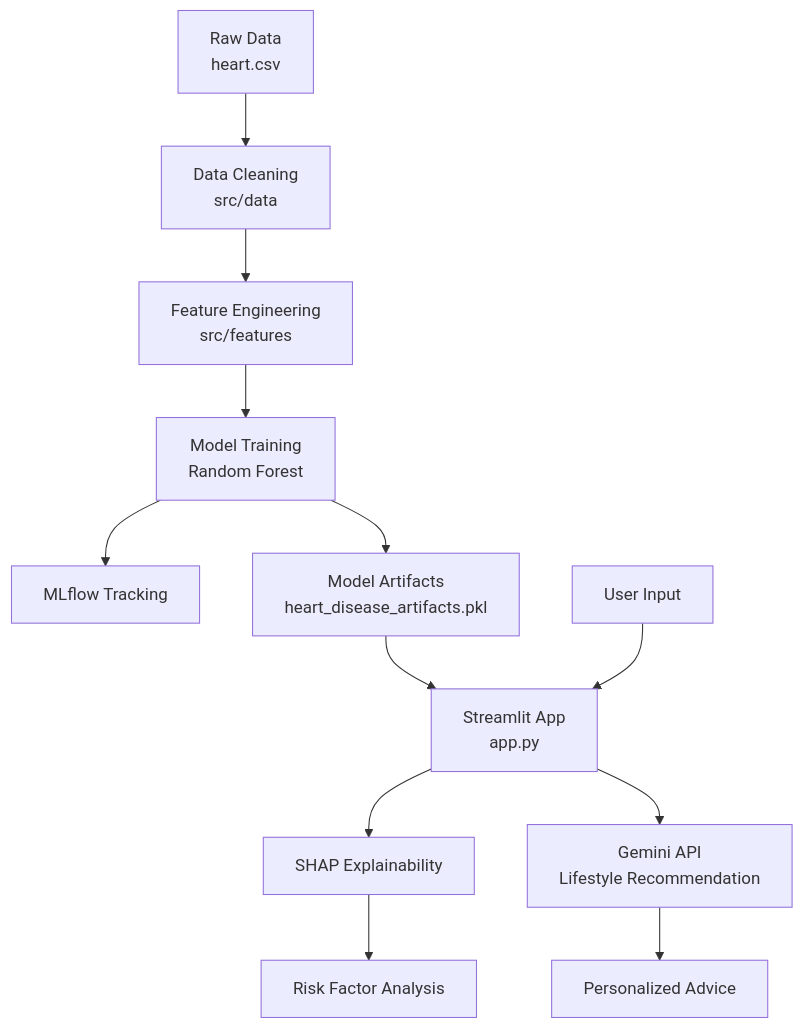
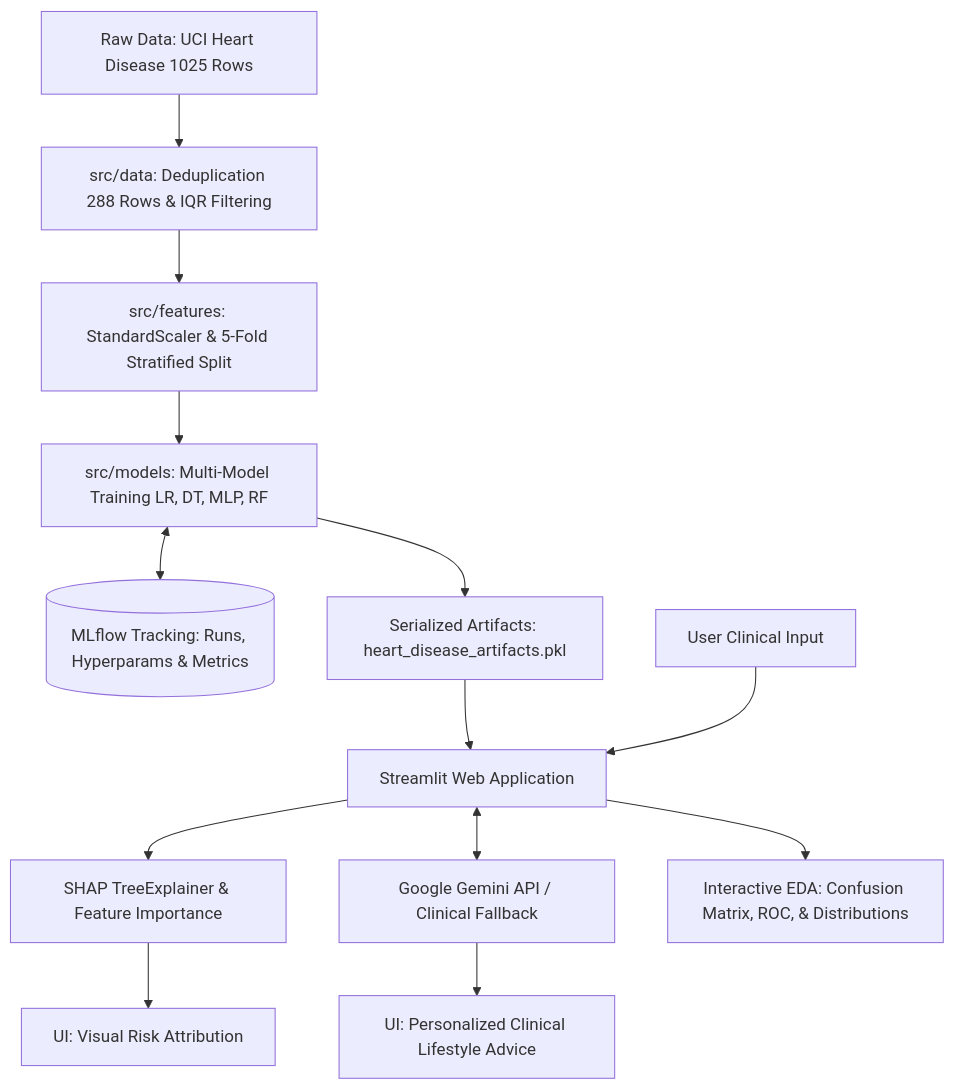
One commit to Arfiadi/heart-disease-prediction changed the diagram in README.md. Above: the diagram before and after it, drawn with Mermaid. The commit also changed other lines of this file, not shown here.

Commit message:
docs: update readme with clinical cost-benefit analysis and multi-model results

````diff
--- a/README.md
+++ b/README.md
@@ -55,14 +56,15 @@
 ```mermaid
-graph TD
-    A["Raw Data<br/>heart.csv"] --> B["Data Cleaning<br/>src/data"]
-    B --> C["Feature Engineering<br/>src/features"]
-    C --> D["Model Training<br/>Random Forest"]
-    D --> E["MLflow Tracking"]
-    D --> F["Model Artifacts<br/>heart_disease_artifacts.pkl"]
-    F --> G["Streamlit App<br/>app.py"]
-    H["User Input"] --> G
-    G --> I["SHAP Explainability"]
-    G --> J["Gemini API<br/>Lifestyle Recommendation"]
-    I --> K["Risk Factor Analysis"]
-    J --> L["Personalized Advice"]
+graph TD;
+    A["Raw Data: UCI Heart Disease 1025 Rows"] --> B["src/data: Deduplication 288 Rows & IQR Filtering"];
+    B --> C["src/features: StandardScaler & 5-Fold Stratified Split"];
+    C --> D["src/models: Multi-Model Training LR, DT, MLP, RF"];
+    D <--> E[("MLflow Tracking: Runs, Hyperparams & Metrics")];
+    D --> F["Serialized Artifacts: heart_disease_artifacts.pkl"];
+    F --> G["Streamlit Web Application"];
+    H["User Clinical Input"] --> G;
+    G --> I["SHAP TreeExplainer & Feature Importance"];
+    G <--> J["Google Gemini API / Clinical Fallback"];
+    I --> K["UI: Visual Risk Attribution"];
+    J --> L["UI: Personalized Clinical Lifestyle Advice"];
+    G --> M["Interactive EDA: Confusion Matrix, ROC, & Distributions"];
 ```
````
